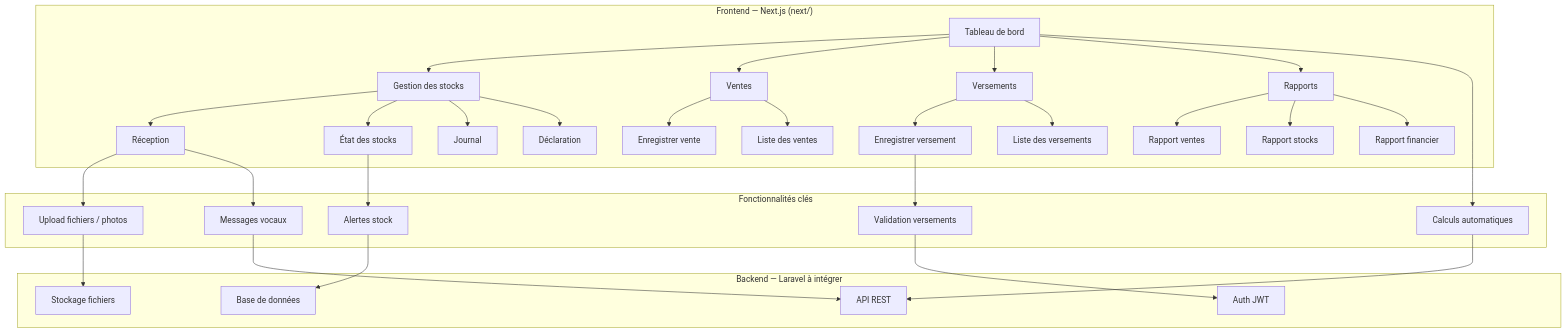
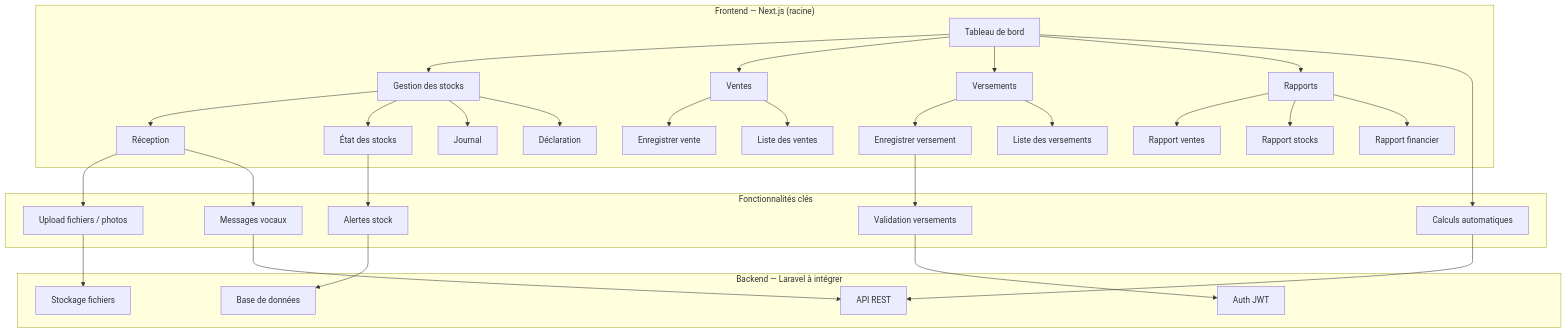
The first of 3 diagrams in ARCHITECTURE.md (inno1000/MeatMaster-frontend), drawn with Mermaid before and after one commit. The commit also changed other lines of this file and 257 other files, not shown here.

First line of the commit message:
refactor: Next.js à la racine, suppression Vue et dossier next/

````diff
--- a/ARCHITECTURE.md
+++ b/ARCHITECTURE.md
@@ -8,51 +7,51 @@
 ```mermaid
 graph TB
-    subgraph "Frontend — Next.js (next/)"
+    subgraph "Frontend — Next.js (racine)"
         A[Tableau de bord] --> B[Gestion des stocks]
         A --> C[Ventes]
         A --> D[Versements]
         A --> E[Rapports]
 
         B --> B1[Réception]
         B --> B2[État des stocks]
         B --> B3[Journal]
         B --> B4[Déclaration]
 
         C --> C1[Enregistrer vente]
         C --> C2[Liste des ventes]
 
         D --> D1[Enregistrer versement]
         D --> D2[Liste des versements]
 
         E --> E1[Rapport ventes]
         E --> E2[Rapport stocks]
         E --> E3[Rapport financier]
     end
 
     subgraph "Fonctionnalités clés"
         F[Calculs automatiques]
         G[Upload fichiers / photos]
         H[Messages vocaux]
         I[Alertes stock]
         J[Validation versements]
     end
 
     subgraph "Backend — Laravel à intégrer"
         K[API REST]
         L[Base de données]
         M[Stockage fichiers]
         N[Auth JWT]
     end
 
     A --> F
     B1 --> G
     B1 --> H
     B2 --> I
     D1 --> J
 
     F --> K
     G --> M
     H --> K
     I --> L
     J --> N
 ```
````
